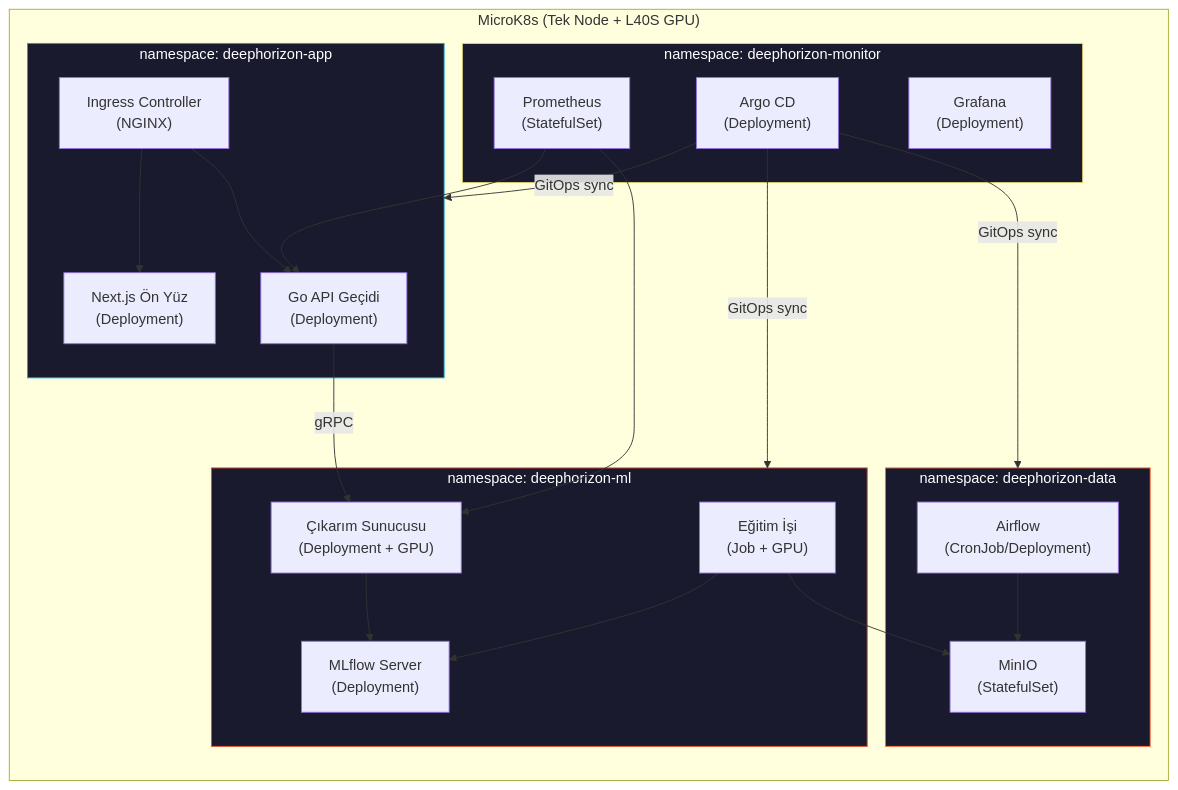
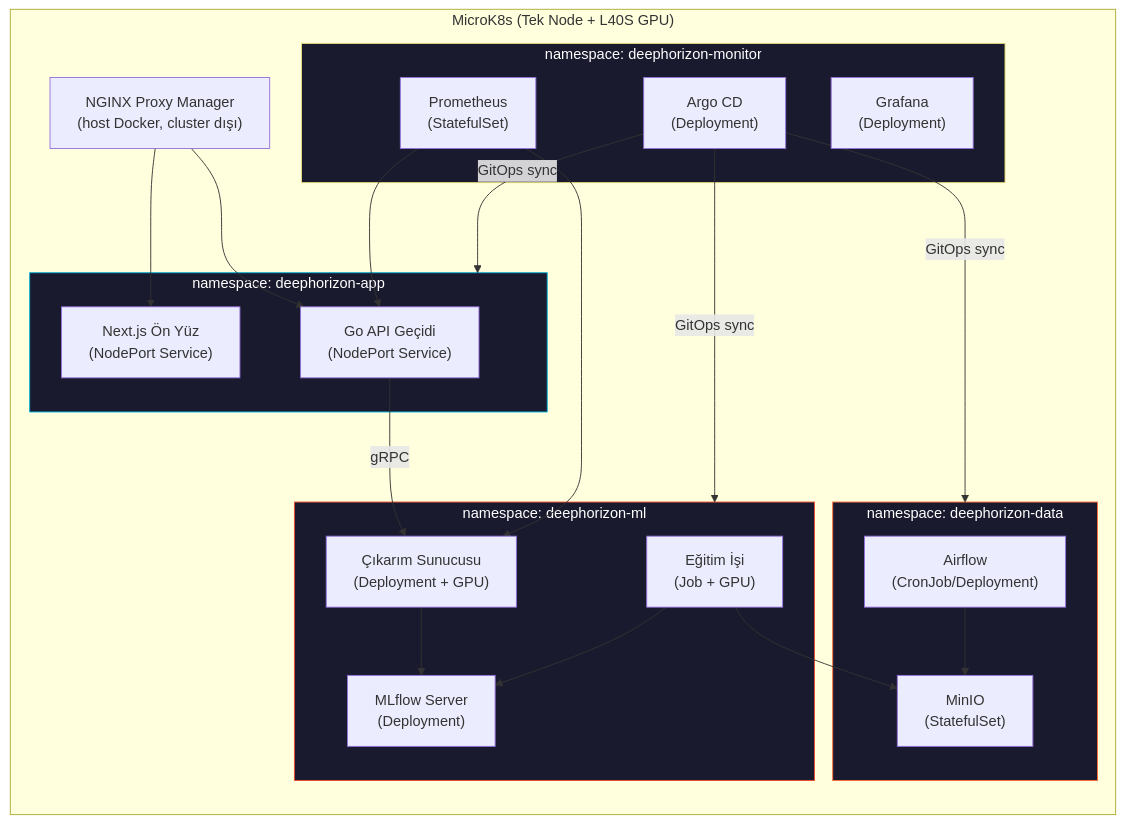
The third of 3 diagrams in README_TR.md (Octapull/deephorizon), drawn with Mermaid before and after one commit. The commit also changed other lines of this file and 4 other files, not shown here.

First line of the commit message:
docs: drop cluster Ingress, use off-cluster NGINX Proxy Manager

````diff
--- a/README_TR.md
+++ b/README_TR.md
@@ -950,47 +954,48 @@
 ```mermaid
 graph TB
     subgraph MicroK8s Node ["MicroK8s (Tek Node + L40S GPU)"]
         direction TB
 
         subgraph ns-data ["namespace: deephorizon-data"]
             airflow["Airflow\n(CronJob/Deployment)"]
             minio["MinIO\n(StatefulSet)"]
         end
 
         subgraph ns-ml ["namespace: deephorizon-ml"]
             train["Eğitim İşi\n(Job + GPU)"]
             mlflow["MLflow Server\n(Deployment)"]
             inference["Çıkarım Sunucusu\n(Deployment + GPU)"]
         end
 
         subgraph ns-app ["namespace: deephorizon-app"]
-            api["Go API Geçidi\n(Deployment)"]
-            frontend["Next.js Ön Yüz\n(Deployment)"]
-            ingress["Ingress Controller\n(NGINX)"]
+            api["Go API Geçidi\n(NodePort Service)"]
+            frontend["Next.js Ön Yüz\n(NodePort Service)"]
         end
+
+        npm["NGINX Proxy Manager\n(host Docker, cluster dışı)"]
 
         subgraph ns-monitor ["namespace: deephorizon-monitor"]
             prom["Prometheus\n(StatefulSet)"]
             grafana["Grafana\n(Deployment)"]
             argocd["Argo CD\n(Deployment)"]
         end
     end
 
-    ingress --> frontend
-    ingress --> api
+    npm --> frontend
+    npm --> api
     api -->|gRPC| inference
     inference --> mlflow
     train --> mlflow
     train --> minio
     airflow --> minio
     prom --> api
     prom --> inference
     argocd -->|GitOps sync| ns-data
     argocd -->|GitOps sync| ns-ml
     argocd -->|GitOps sync| ns-app
 
     style ns-data fill:#1a1a2e,stroke:#FF6B35,color:#fff
     style ns-ml fill:#1a1a2e,stroke:#EE4C2C,color:#fff
     style ns-app fill:#1a1a2e,stroke:#00ADD8,color:#fff
     style ns-monitor fill:#1a1a2e,stroke:#E6DB74,color:#fff
 ```
````
